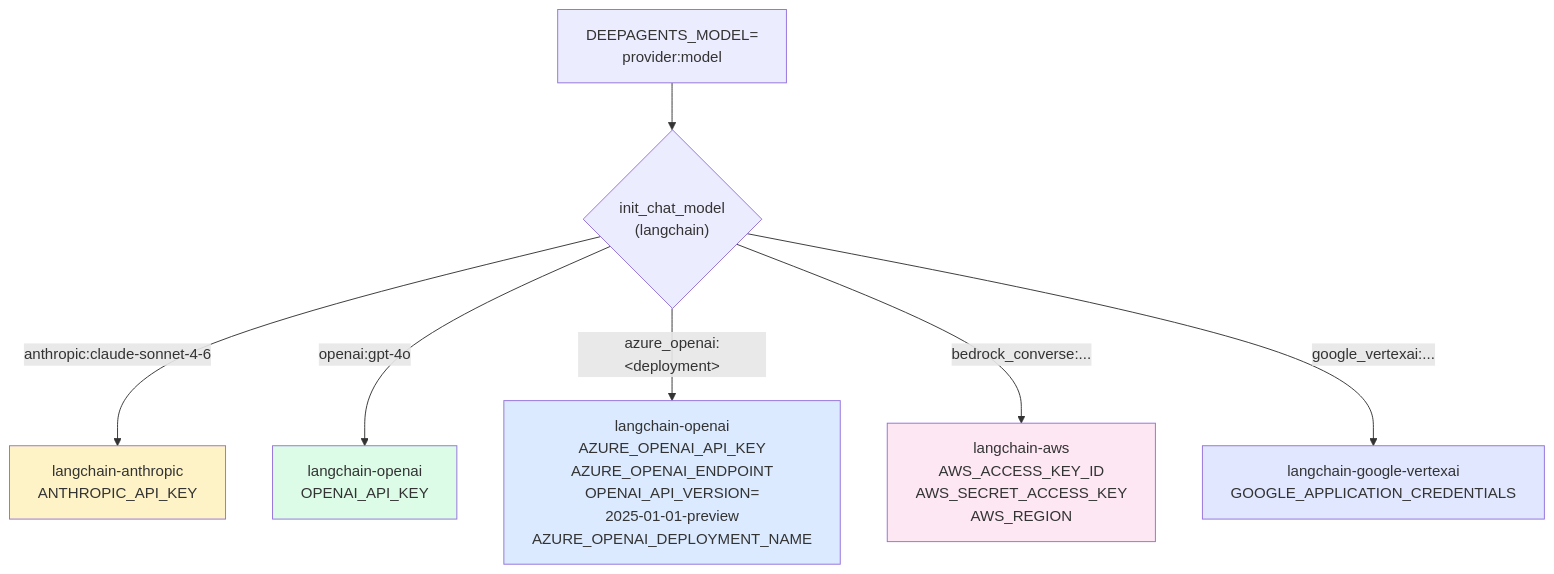
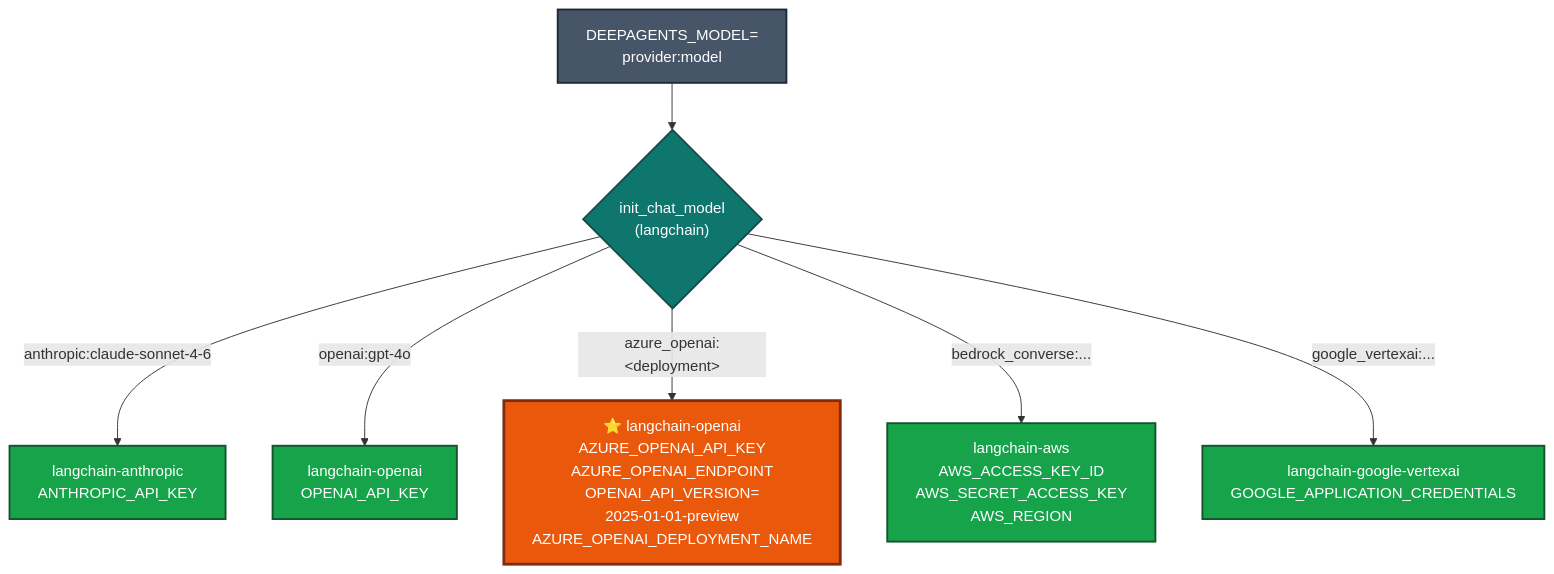
The sixth of 10 diagrams in .claude/skills/harness2deepagents/README.md (tykimos/harness2deepagents), drawn with Mermaid before and after one commit. The commit also changed other lines of this file and 1 other file, not shown here.

First line of the commit message:
fix(readme): theme-safe mermaid styling for dark + light modes

````diff
--- a/.claude/skills/harness2deepagents/README.md
+++ b/.claude/skills/harness2deepagents/README.md
@@ -264,18 +271,17 @@
 ```mermaid
 flowchart TB
-    Env["DEEPAGENTS_MODEL=<br/>provider:model"]
+    classDef envvar fill:#475569,color:#fff,stroke:#1e293b,stroke-width:2px
+    classDef router fill:#0f766e,color:#fff,stroke:#134e4a,stroke-width:2px
+    classDef provider fill:#16a34a,color:#fff,stroke:#14532d,stroke-width:2px
+    classDef azure fill:#ea580c,color:#fff,stroke:#7c2d12,stroke-width:3px
 
-    Env --> Router{"init_chat_model<br/>(langchain)"}
+    Env["DEEPAGENTS_MODEL=<br/>provider:model"]:::envvar
 
-    Router -->|"anthropic:claude-sonnet-4-6"| Anth["langchain-anthropic<br/>ANTHROPIC_API_KEY"]
-    Router -->|"openai:gpt-4o"| Oai["langchain-openai<br/>OPENAI_API_KEY"]
-    Router -->|"azure_openai:&lt;deployment&gt;"| Az["langchain-openai<br/>AZURE_OPENAI_API_KEY<br/>AZURE_OPENAI_ENDPOINT<br/>OPENAI_API_VERSION=<br/>2025-01-01-preview<br/>AZURE_OPENAI_DEPLOYMENT_NAME"]
-    Router -->|"bedrock_converse:..."| Bed["langchain-aws<br/>AWS_ACCESS_KEY_ID<br/>AWS_SECRET_ACCESS_KEY<br/>AWS_REGION"]
-    Router -->|"google_vertexai:..."| Vx["langchain-google-vertexai<br/>GOOGLE_APPLICATION_CREDENTIALS"]
+    Env --> Router{"init_chat_model<br/>(langchain)"}:::router
 
-    style Anth fill:#fef3c7
-    style Oai fill:#dcfce7
-    style Az fill:#dbeafe
-    style Bed fill:#fce7f3
-    style Vx fill:#e0e7ff
+    Router -->|"anthropic:claude-sonnet-4-6"| Anth["langchain-anthropic<br/>ANTHROPIC_API_KEY"]:::provider
+    Router -->|"openai:gpt-4o"| Oai["langchain-openai<br/>OPENAI_API_KEY"]:::provider
+    Router -->|"azure_openai:&lt;deployment&gt;"| Az["⭐ langchain-openai<br/>AZURE_OPENAI_API_KEY<br/>AZURE_OPENAI_ENDPOINT<br/>OPENAI_API_VERSION=<br/>2025-01-01-preview<br/>AZURE_OPENAI_DEPLOYMENT_NAME"]:::azure
+    Router -->|"bedrock_converse:..."| Bed["langchain-aws<br/>AWS_ACCESS_KEY_ID<br/>AWS_SECRET_ACCESS_KEY<br/>AWS_REGION"]:::provider
+    Router -->|"google_vertexai:..."| Vx["langchain-google-vertexai<br/>GOOGLE_APPLICATION_CREDENTIALS"]:::provider
 ```
````
